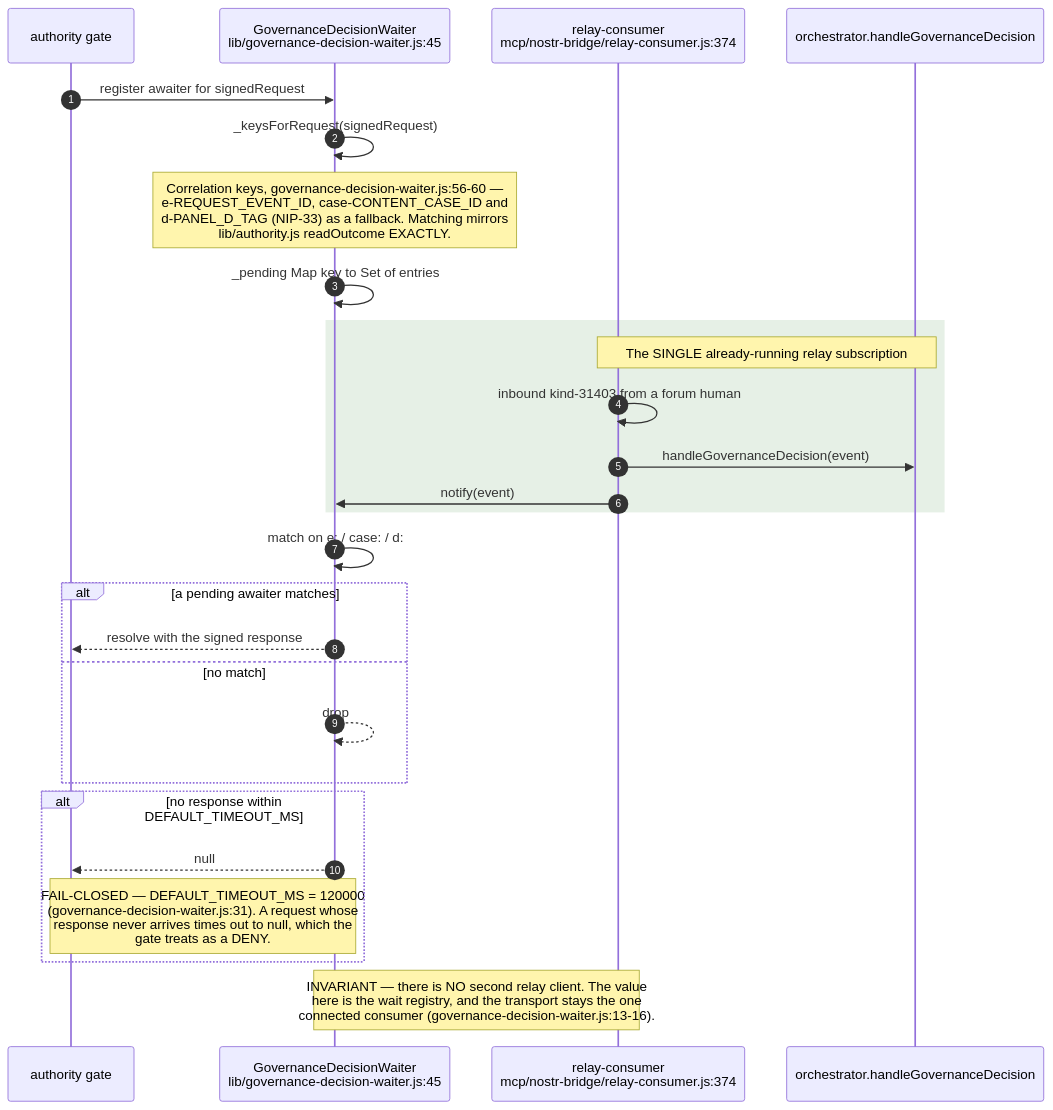
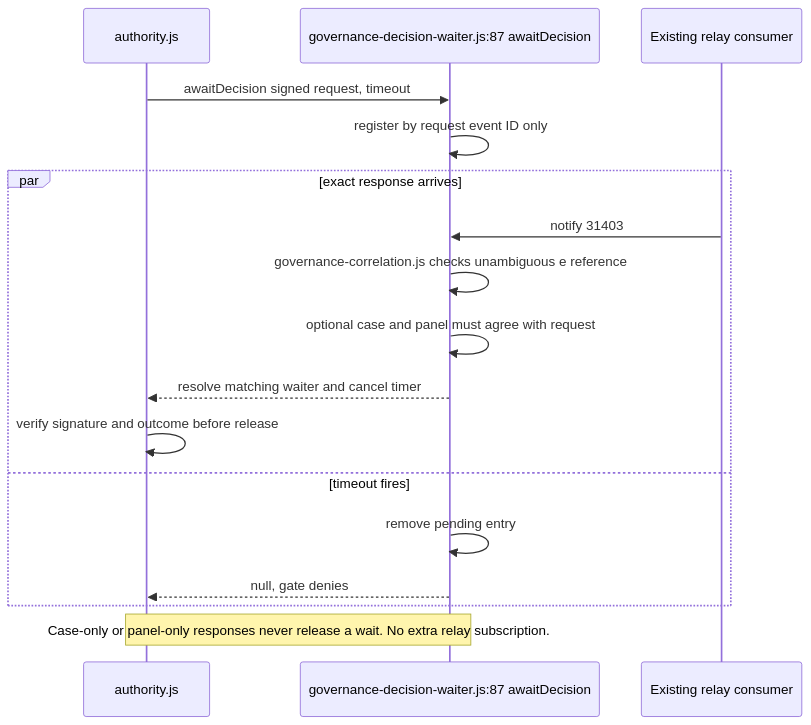
One commit to DreamLab-AI/VisionFlow changed the fourth of 11 diagrams in docs/diagrams/estate/05-governance-loop-across-estate.md. Above: the diagram before and after it, drawn with Mermaid. The commit also changed other lines of this file and 51 other files, not shown here.

First line of the commit message:
docs(diagrams): agentbox AB-01..13 re-attested anchor by anchor (980 anchors, 22 defects); checkpoint against an out-of-mesh writer

````diff
--- a/docs/diagrams/estate/05-governance-loop-across-estate.md
+++ b/docs/diagrams/estate/05-governance-loop-across-estate.md
@@ -159,30 +109,19 @@
 ```mermaid
 sequenceDiagram
-    autonumber
-    participant G as authority gate
-    participant W as GovernanceDecisionWaiter<br/>lib/governance-decision-waiter.js:45
-    participant RC as relay-consumer<br/>mcp/nostr-bridge/relay-consumer.js:374
-    participant O as orchestrator.handleGovernanceDecision
-
-    G->>W: register awaiter for signedRequest
-    W->>W: _keysForRequest(signedRequest)
-    Note over W: Correlation keys, governance-decision-waiter.js:56-60 —<br/>e-REQUEST_EVENT_ID, case-CONTENT_CASE_ID and<br/>d-PANEL_D_TAG (NIP-33) as a fallback. Matching mirrors<br/>lib/authority.js readOutcome EXACTLY.
-    W->>W: _pending Map key to Set of entries
-    rect rgb(230,240,230)
-    Note over RC,O: The SINGLE already-running relay subscription
-    RC->>RC: inbound kind-31403 from a forum human
-    RC->>O: handleGovernanceDecision(event)
-    RC->>W: notify(event)
+    participant Gate as authority.js
+    participant Waiter as governance-decision-waiter.js:87 awaitDecision
+    participant Relay as Existing relay consumer
+    Gate->>Waiter: awaitDecision signed request, timeout
+    Waiter->>Waiter: register by request event ID only
+    par exact response arrives
+        Relay->>Waiter: notify 31403
+        Waiter->>Waiter: governance-correlation.js checks unambiguous e reference
+        Waiter->>Waiter: optional case and panel must agree with request
+        Waiter-->>Gate: resolve matching waiter and cancel timer
+        Gate->>Gate: verify signature and outcome before release
+    and timeout fires
+        Waiter->>Waiter: remove pending entry
+        Waiter-->>Gate: null, gate denies
     end
-    W->>W: match on e: / case: / d:
-    alt a pending awaiter matches
-        W-->>G: resolve with the signed response
-    else no match
-        W-->>W: drop
-    end
-    alt no response within DEFAULT_TIMEOUT_MS
-        W-->>G: null
-        Note over W,G: FAIL-CLOSED — DEFAULT_TIMEOUT_MS = 120000<br/>(governance-decision-waiter.js:31). A request whose<br/>response never arrives times out to null, which the<br/>gate treats as a DENY.
-    end
-    Note over W,RC: INVARIANT — there is NO second relay client. The value<br/>here is the wait registry, and the transport stays the one<br/>connected consumer (governance-decision-waiter.js:13-16).
+    Note over Gate,Waiter: Case-only or panel-only responses never release a wait. No extra relay subscription.
 ```
````
